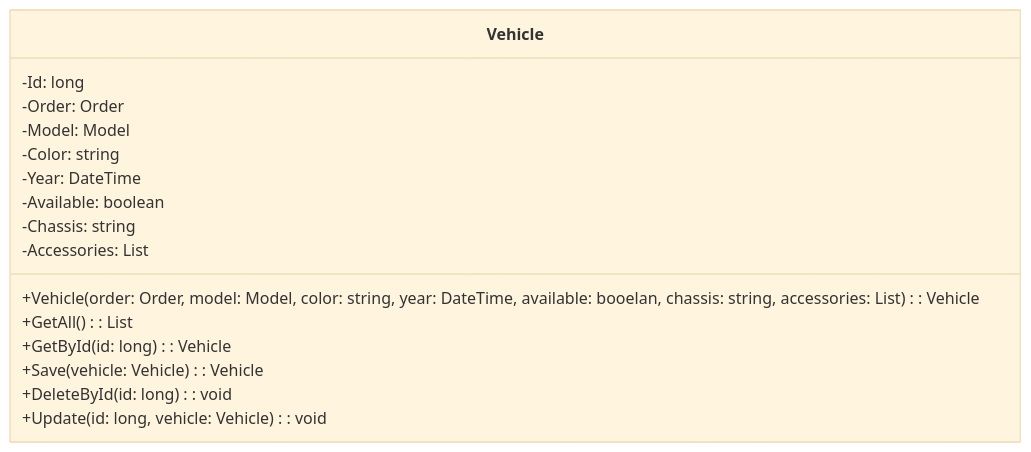
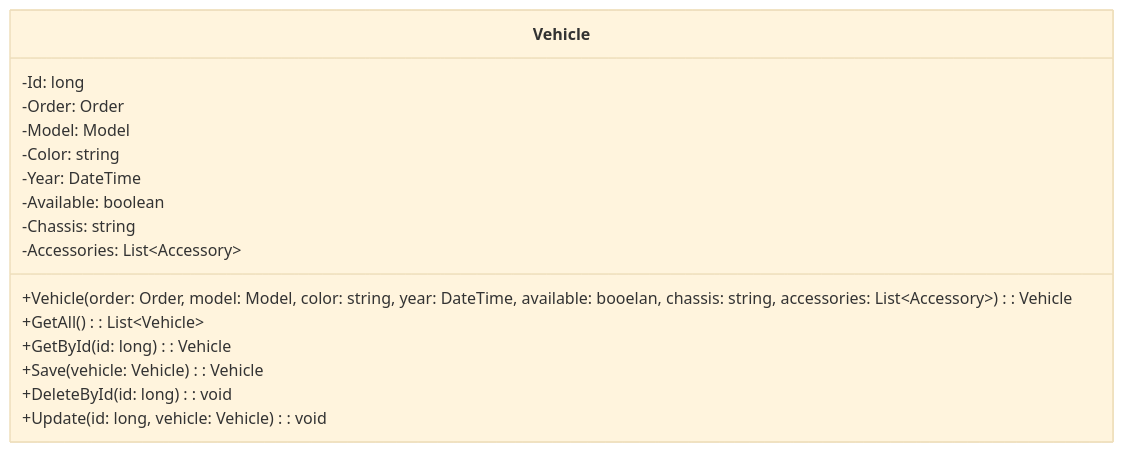
Before and after one commit to AndreLucas0/diagrama-de-classes-projeto-integrador: diagram 14 of 17 in Classes.md, drawn with Mermaid (base theme). The commit also changed other lines of this file, not shown here.

````diff
--- a/Classes.md
+++ b/Classes.md
@@ -209,19 +209,19 @@
 ```mermaid
 classDiagram
     class Vehicle {
         -Id: long
         -Order: Order
         -Model: Model
         -Color: string
         -Year: DateTime
         -Available: boolean
         -Chassis: string
-        -Accessories: List<Accessory>
-        +Vehicle (order: Order, model: Model, color: string, year: DateTime, available: booelan, chassis: string, accessories: List<Accessory>): Vehicle
-        +GetAll (): List<Vehicle>
+        -Accessories: List&lt;Accessory&gt;
+        +Vehicle (order: Order, model: Model, color: string, year: DateTime, available: booelan, chassis: string, accessories: List&lt;Accessory&gt;): Vehicle
+        +GetAll (): List&lt;Vehicle&gt;
         +GetById (id: long): Vehicle
         +Save (vehicle: Vehicle): Vehicle
         +DeleteById (id: long): void
         +Update (id: long, vehicle: Vehicle): void
     }
 ```
````
